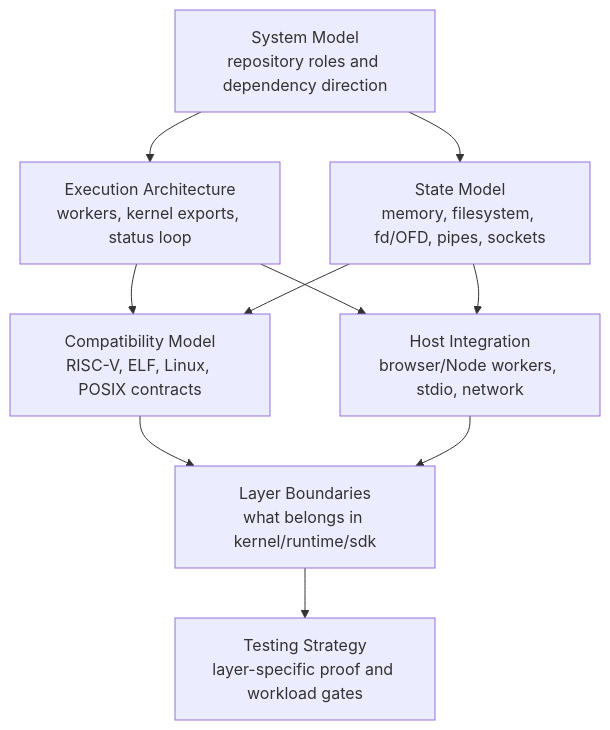
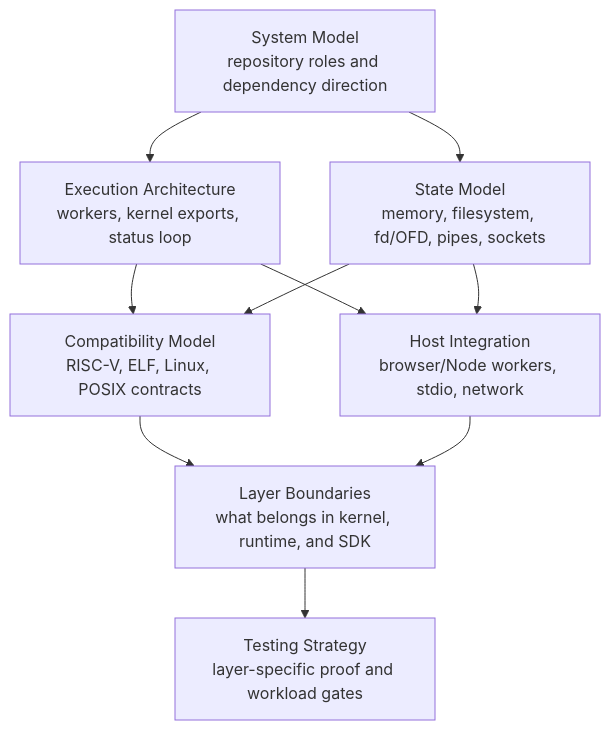
The diagram in docs/architecture.md (tidemarksh/docs), drawn with Mermaid before and after one commit. The commit also changed other lines of this file and 7 other files, not shown here.

````diff
--- a/docs/architecture.md
+++ b/docs/architecture.md
@@ -19,20 +19,20 @@
 ```mermaid
 flowchart TB
   System["System Model<br/>repository roles and dependency direction"]
   Execution["Execution Architecture<br/>workers, kernel exports, status loop"]
   State["State Model<br/>memory, filesystem, fd/OFD, pipes, sockets"]
   Compatibility["Compatibility Model<br/>RISC-V, ELF, Linux, POSIX contracts"]
   Host["Host Integration<br/>browser/Node workers, stdio, network"]
-  Boundaries["Layer Boundaries<br/>what belongs in kernel/runtime/sdk"]
+  Boundaries["Layer Boundaries<br/>what belongs in kernel, runtime, and SDK"]
   Tests["Testing Strategy<br/>layer-specific proof and workload gates"]
 
   System --> Execution
   System --> State
   Execution --> Compatibility
   State --> Compatibility
   Execution --> Host
   State --> Host
   Compatibility --> Boundaries
   Host --> Boundaries
   Boundaries --> Tests
 ```
````
